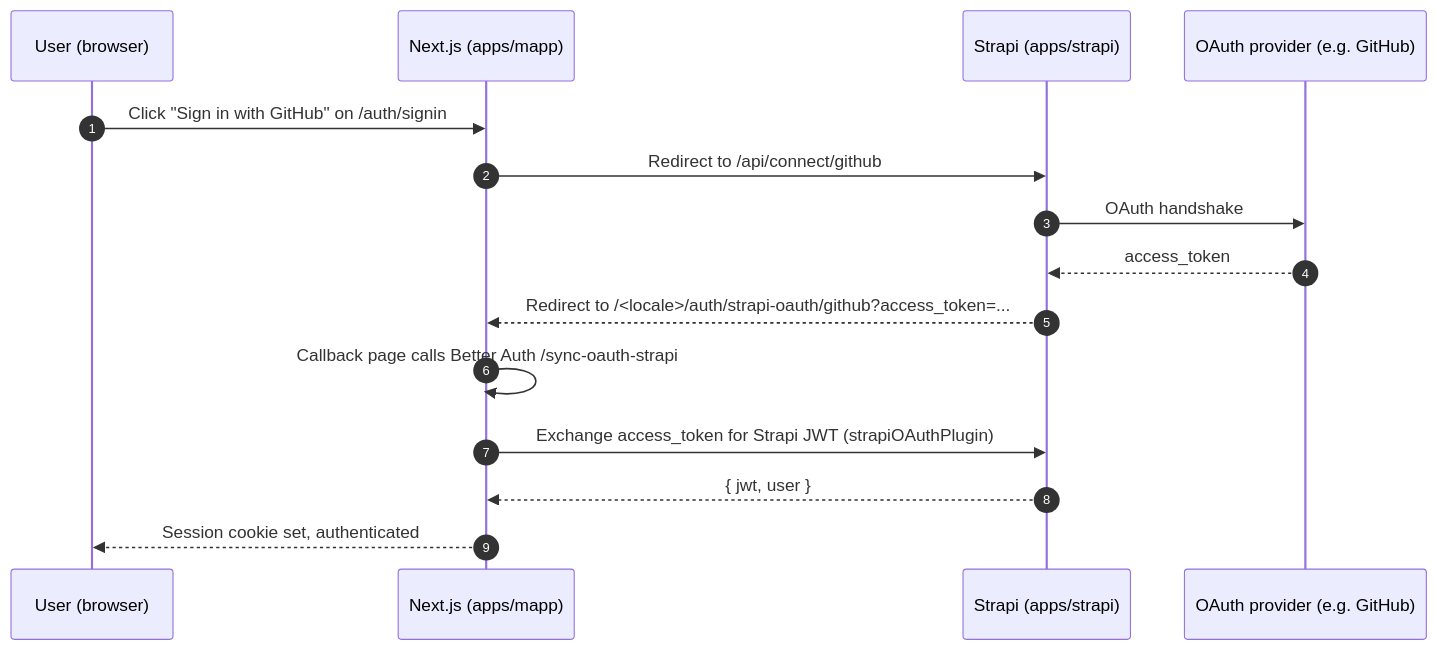
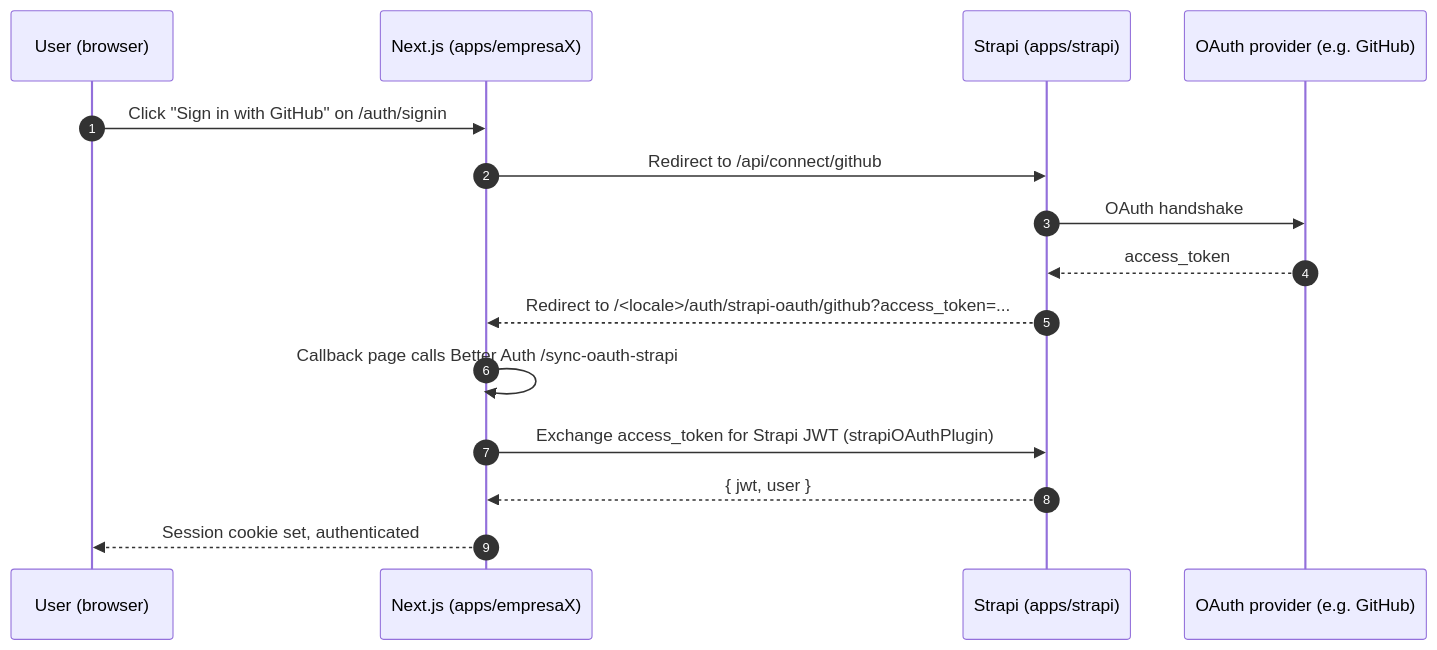
Before and after one commit to mgg2020226/monorepo-strapi: the diagram in apps/docs/docs/auth/ui/oauth-providers.md, drawn with Mermaid. The commit also changed other lines of this file and 319 other files, not shown here.

````diff
--- a/apps/docs/docs/auth/ui/oauth-providers.md
+++ b/apps/docs/docs/auth/ui/oauth-providers.md
@@ -13,18 +13,18 @@
 ```mermaid
 sequenceDiagram
   autonumber
   participant U as User (browser)
-  participant N as Next.js (apps/mapp)
+  participant N as Next.js (apps/empresaX)
   participant S as Strapi (apps/strapi)
   participant P as OAuth provider (e.g. GitHub)
 
   U->>N: Click "Sign in with GitHub" on /auth/signin
   N->>S: Redirect to /api/connect/github
   S->>P: OAuth handshake
   P-->>S: access_token
   S-->>N: Redirect to /<locale>/auth/strapi-oauth/github?access_token=...
   N->>N: Callback page calls Better Auth /sync-oauth-strapi
   N->>S: Exchange access_token for Strapi JWT (strapiOAuthPlugin)
   S-->>N: { jwt, user }
   N-->>U: Session cookie set, authenticated
 ```
````
